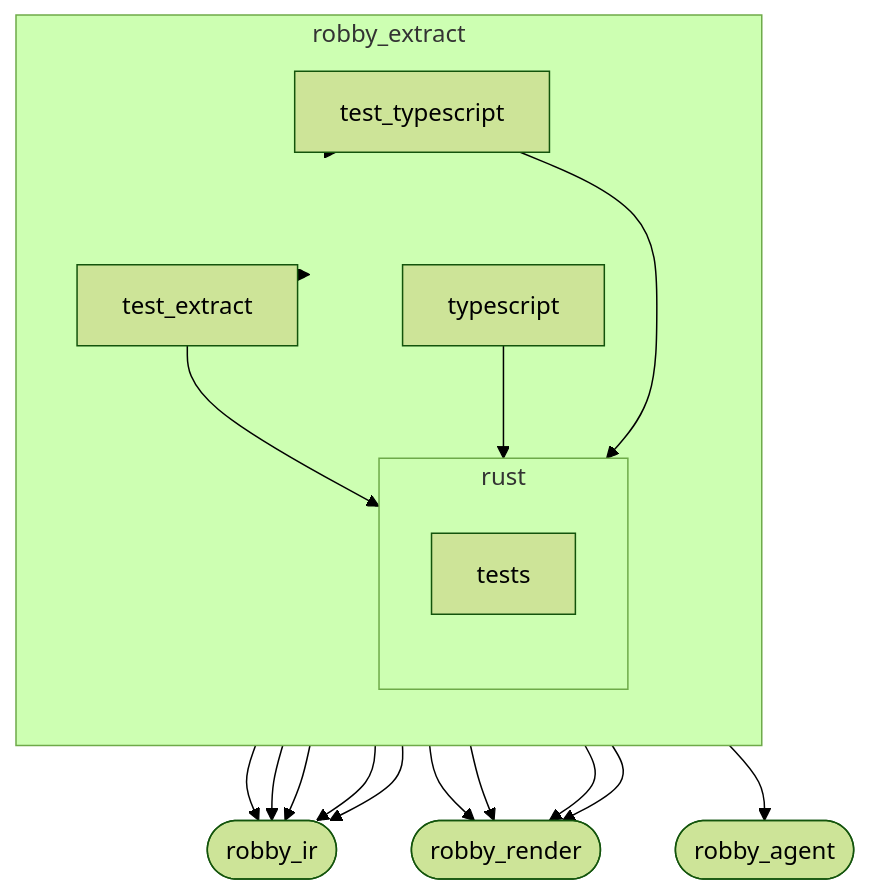
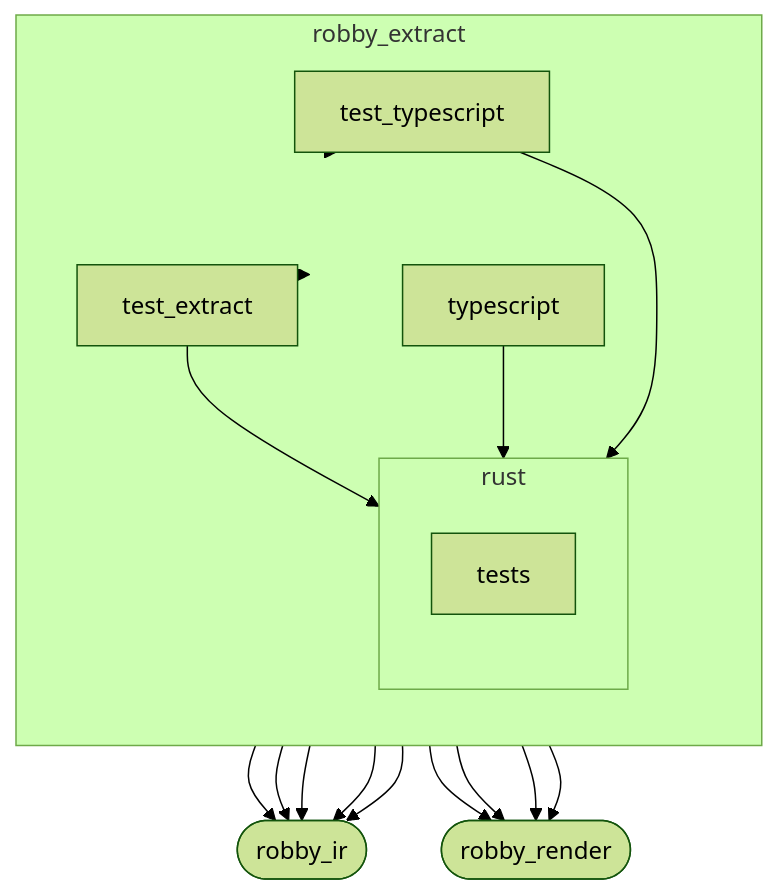
Before and after one commit to RyanGuild/self-describing-code: the first of 2 diagrams in docs/self-model/robby_extract/index.md, drawn with Mermaid (forest theme). The commit also changed other lines of this file and 747 other files, not shown here.

````diff
--- a/docs/self-model/robby_extract/index.md
+++ b/docs/self-model/robby_extract/index.md
@@ -13,31 +13,29 @@
 ```mermaid
 flowchart TB
     subgraph n_ea78dce2fbcbf64f["robby_extract"]
         direction TB
         subgraph n_a95c010a8299da11["rust"]
             direction TB
             n_b12cc637f5d4dc4e["tests"]
         end
         n_286b1b9602b65f8d["test_extract"]
         n_707c83973fcabf1f["test_typescript"]
         n_65efc424c4086ad0["typescript"]
     end
-    n_f3e9f97d91a4f4af(["robby_agent"])
     n_356bf2c23da68961(["robby_ir"])
     n_9c636b098ca4450e(["robby_render"])
     n_286b1b9602b65f8d --> n_356bf2c23da68961
     n_286b1b9602b65f8d --> n_9c636b098ca4450e
     n_286b1b9602b65f8d --> n_a95c010a8299da11
     n_286b1b9602b65f8d --> n_ea78dce2fbcbf64f
     n_65efc424c4086ad0 --> n_356bf2c23da68961
     n_65efc424c4086ad0 --> n_9c636b098ca4450e
     n_65efc424c4086ad0 --> n_a95c010a8299da11
-    n_65efc424c4086ad0 --> n_f3e9f97d91a4f4af
     n_707c83973fcabf1f --> n_356bf2c23da68961
     n_707c83973fcabf1f --> n_9c636b098ca4450e
     n_707c83973fcabf1f --> n_a95c010a8299da11
     n_707c83973fcabf1f --> n_ea78dce2fbcbf64f
     n_a95c010a8299da11 --> n_356bf2c23da68961
     n_a95c010a8299da11 --> n_9c636b098ca4450e
     n_ea78dce2fbcbf64f --> n_356bf2c23da68961
 ```
````
